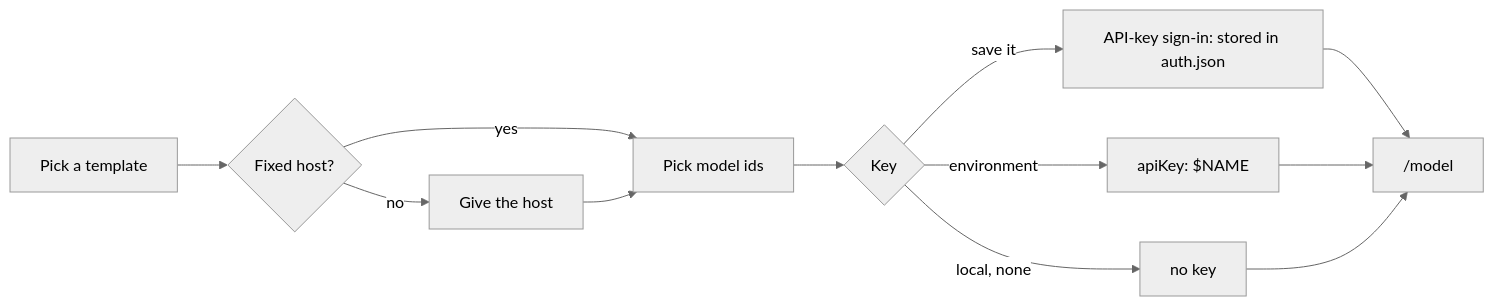
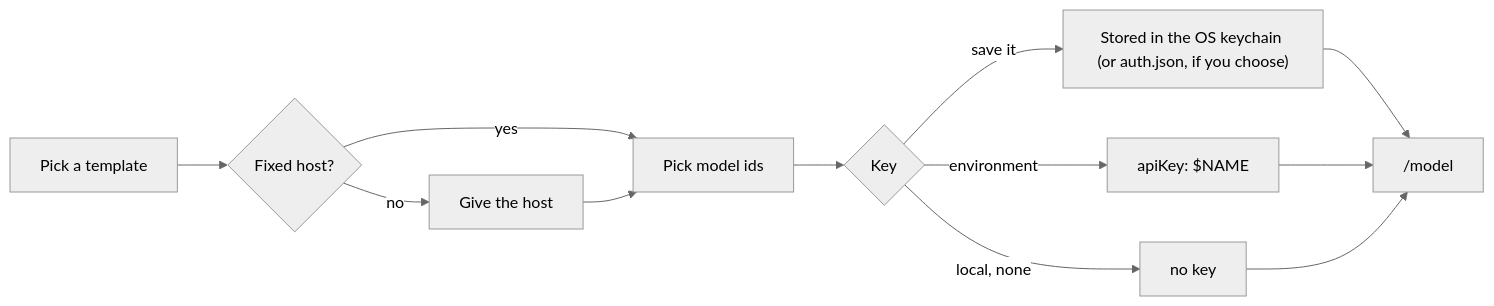
Before and after one commit to bgauryy/octocode-coding-agent: the second of 2 diagrams in packages/coding-agent/docs/models.md, drawn with Mermaid (neutral theme). The commit also changed other lines of this file and 1026 other files, not shown here.

````diff
--- a/packages/coding-agent/docs/models.md
+++ b/packages/coding-agent/docs/models.md
@@ -71,14 +72,14 @@
 ```mermaid
 flowchart LR
     A[Pick a template] --> B{Fixed host?}
     B -- no --> C[Give the host]
     B -- yes --> D[Pick model ids]
     C --> D
     D --> E{Key}
-    E -- save it --> F[API-key sign-in: stored in auth.json]
+    E -- save it --> F["Stored in the OS keychain (or auth.json, if you choose)"]
     E -- environment --> G["apiKey: $NAME"]
     E -- local, none --> H[no key]
     F --> I["/model"]
     G --> I
     H --> I
 ```
````
